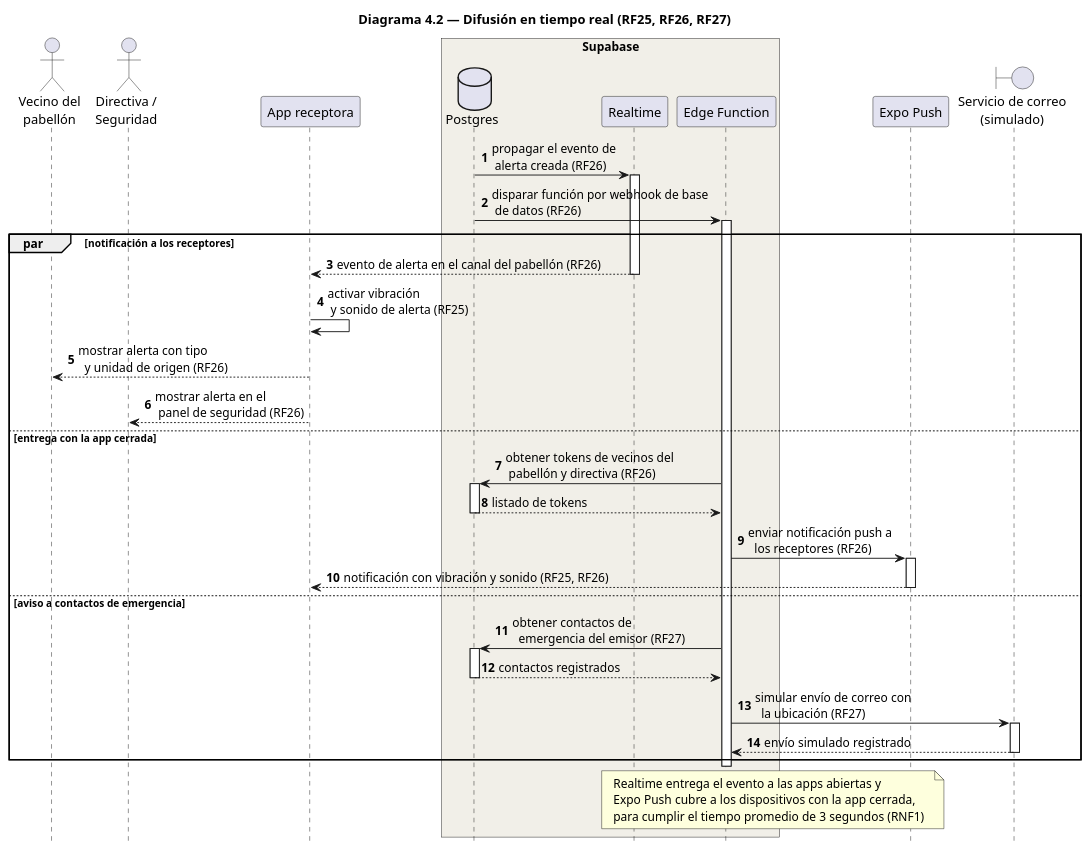
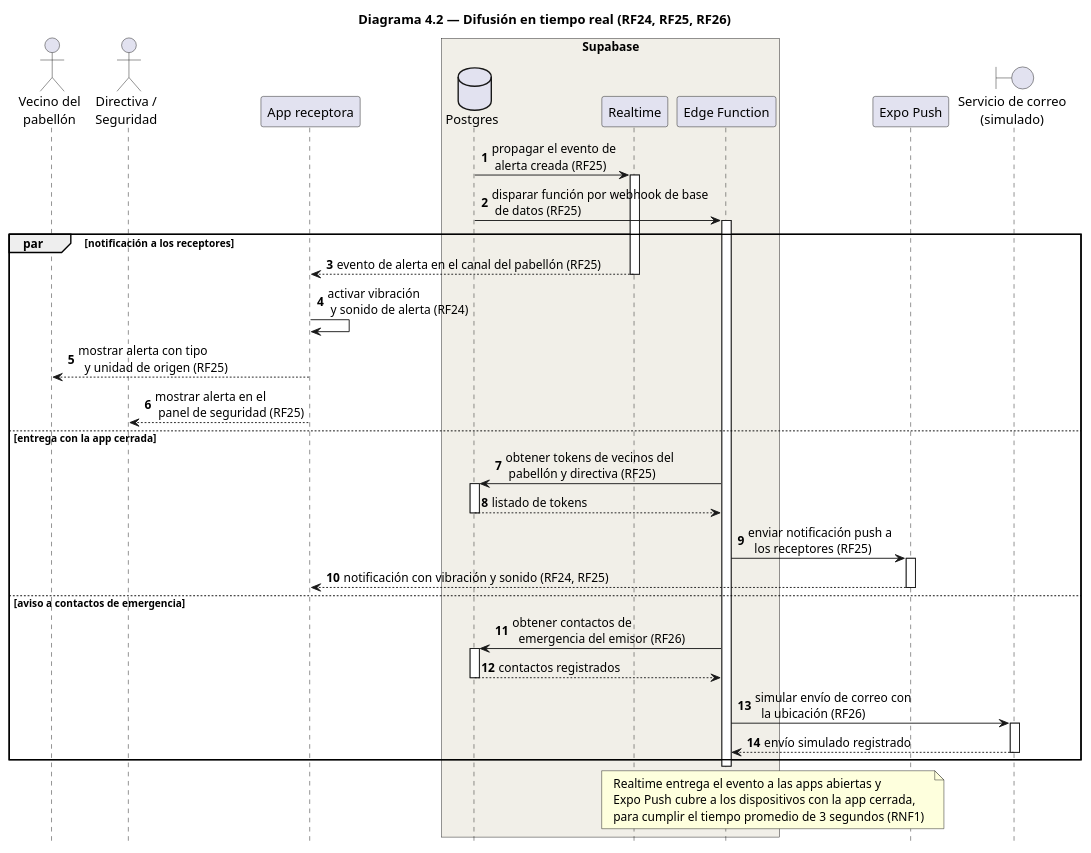
Before and after one commit to liusamfung/neighborgood-project: the diagram in docs/Arquitectura/secuencia/diagrama4_2_difusionTiempoReal.puml, drawn with PlantUML. The commit also changed 10 other files, not shown here.

First line of the commit message:
Renumera los RF de 1 a 31 en los diagramas de secuencia

```diff
--- a/docs/Arquitectura/secuencia/diagrama4_2_difusionTiempoReal.puml
+++ b/docs/Arquitectura/secuencia/diagrama4_2_difusionTiempoReal.puml
@@ -1,58 +1,58 @@
 @startuml Diagrama4_2_DifusionTiempoReal
-title Diagrama 4.2 — Difusión en tiempo real (RF25, RF26, RF27)
+title Diagrama 4.2 — Difusión en tiempo real (RF24, RF25, RF26)
 
 hide footbox
 autonumber
 
 actor "Vecino del\npabellón" as VEC
 actor "Directiva /\nSeguridad" as ADM
 participant "App receptora" as APPR
 
 box "Supabase" #F1EFE8
     database "Postgres" as DB
     participant "Realtime" as RT
     participant "Edge Function" as EF
 end box
 
 participant "Expo Push" as PUSH
 boundary "Servicio de correo\n(simulado)" as MAIL
 
-DB -> RT : propagar el evento de \n alerta creada (RF26)
+DB -> RT : propagar el evento de \n alerta creada (RF25)
 activate RT
-DB -> EF : disparar función por webhook de base\n de datos (RF26)
+DB -> EF : disparar función por webhook de base\n de datos (RF25)
 deactivate DB
 activate EF
 
 par notificación a los receptores
-    RT --> APPR : evento de alerta en el canal del pabellón (RF26)
+    RT --> APPR : evento de alerta en el canal del pabellón (RF25)
     deactivate RT
-    APPR -> APPR : activar vibración \n y sonido de alerta (RF25)
-    APPR --> VEC : mostrar alerta con tipo \n  y unidad de origen (RF26)
-    APPR --> ADM : mostrar alerta en el \n panel de seguridad (RF26)
+    APPR -> APPR : activar vibración \n y sonido de alerta (RF24)
+    APPR --> VEC : mostrar alerta con tipo \n  y unidad de origen (RF25)
+    APPR --> ADM : mostrar alerta en el \n panel de seguridad (RF25)
 else entrega con la app cerrada
-    EF -> DB : obtener tokens de vecinos del \n pabellón y directiva (RF26)
+    EF -> DB : obtener tokens de vecinos del \n pabellón y directiva (RF25)
     activate DB
     DB --> EF : listado de tokens
     deactivate DB
-    EF -> PUSH : enviar notificación push a \n  los receptores (RF26)
+    EF -> PUSH : enviar notificación push a \n  los receptores (RF25)
     activate PUSH
-    PUSH --> APPR : notificación con vibración y sonido (RF25, RF26)
+    PUSH --> APPR : notificación con vibración y sonido (RF24, RF25)
     deactivate PUSH
 else aviso a contactos de emergencia
-    EF -> DB : obtener contactos de\n  emergencia del emisor (RF27)
+    EF -> DB : obtener contactos de\n  emergencia del emisor (RF26)
     activate DB
     DB --> EF : contactos registrados
     deactivate DB
-    EF -> MAIL : simular envío de correo con \n  la ubicación (RF27)
+    EF -> MAIL : simular envío de correo con \n  la ubicación (RF26)
     activate MAIL
     MAIL --> EF : envío simulado registrado
     deactivate MAIL
 end
 deactivate EF
 
 note over RT, PUSH
   Realtime entrega el evento a las apps abiertas y
   Expo Push cubre a los dispositivos con la app cerrada,
   para cumplir el tiempo promedio de 3 segundos (RNF1)
 end note
 @enduml
```
